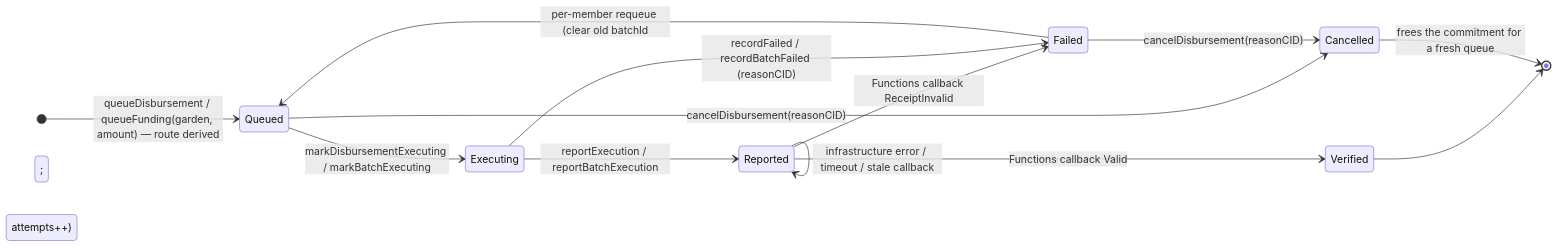
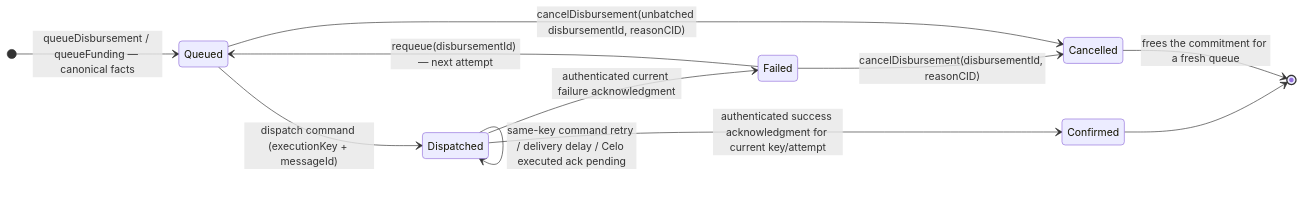
One commit to greenpill-dev-guild/green-goods changed diagram 16 of 20 in .plans/active/commitment-pooling/diagrams.md. Above: the diagram before and after it, drawn with Mermaid. The commit also changed other lines of this file and 44 other files, not shown here.

Commit message:
docs(contracts): freeze CCIP settlement architecture

````diff
--- a/.plans/active/commitment-pooling/diagrams.md
+++ b/.plans/active/commitment-pooling/diagrams.md
@@ -889,17 +847,14 @@
 ```mermaid
 stateDiagram-v2
   direction LR
-  [*] --> Queued : queueDisbursement / queueFunding(garden, amount) — route derived
-  Queued --> Executing : markDisbursementExecuting / markBatchExecuting
-  Executing --> Reported : reportExecution / reportBatchExecution
-  Reported --> Reported : requestVerification / requestBatchVerification (derive checking receipt)
-  Reported --> Verified : Functions callback Valid
-  Reported --> Failed : Functions callback ReceiptInvalid
-  Reported --> Reported : infrastructure error / timeout / stale callback
-  Executing --> Failed : recordFailed / recordBatchFailed (reasonCID)
-  Failed --> Queued : per-member requeue (clear old batchId; attempts++)
-  Queued --> Cancelled : cancelDisbursement(reasonCID)
-  Failed --> Cancelled : cancelDisbursement(reasonCID)
-  Verified --> [*]
+  [*] --> Queued : queueDisbursement / queueFunding — canonical facts
+  Queued --> Dispatched : dispatch command (executionKey + messageId)
+  Dispatched --> Dispatched : same-key command retry / delivery delay / Celo executed ack pending
+  Dispatched --> Confirmed : authenticated success acknowledgment for current key/attempt
+  Dispatched --> Failed : authenticated current failure acknowledgment
+  Failed --> Queued : requeue(disbursementId) — next attempt
+  Failed --> Cancelled : cancelDisbursement(disbursementId, reasonCID)
+  Queued --> Cancelled : cancelDisbursement(unbatched disbursementId, reasonCID)
+  Confirmed --> [*]
   Cancelled --> [*] : frees the commitment for a fresh queue
 ```
````
